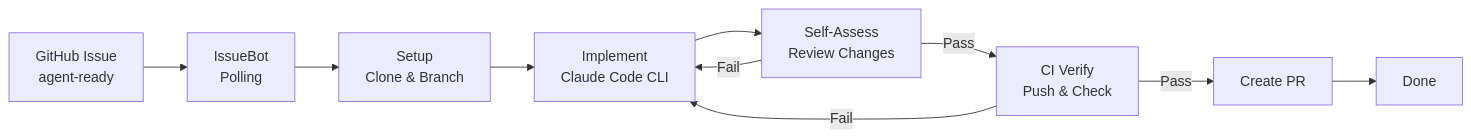
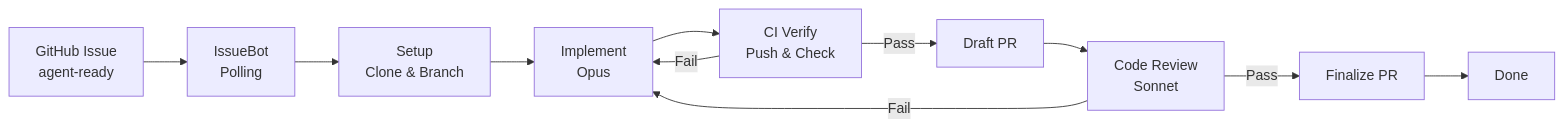
One commit to dbbaskette/IssueBot changed the first of 2 diagrams in README.md. Above: the diagram before and after it, drawn with Mermaid. The commit also changed other lines of this file and 6 other files, not shown here.

````diff
--- a/README.md
+++ b/README.md
@@ -14,12 +13,13 @@
 ```mermaid
 flowchart LR
     A[GitHub Issue<br>agent-ready] --> B[IssueBot<br>Polling]
     B --> C[Setup<br>Clone & Branch]
-    C --> D[Implement<br>Claude Code CLI]
-    D --> E[Self-Assess<br>Review Changes]
-    E -->|Pass| F[CI Verify<br>Push & Check]
+    C --> D[Implement<br>Opus]
+    D --> E[CI Verify<br>Push & Check]
     E -->|Fail| D
-    F -->|Pass| G[Create PR]
-    F -->|Fail| D
-    G --> H[Done]
+    E -->|Pass| F[Draft PR]
+    F --> G[Code Review<br>Sonnet]
+    G -->|Fail| D
+    G -->|Pass| H[Finalize PR]
+    H --> I[Done]
 ```
````
